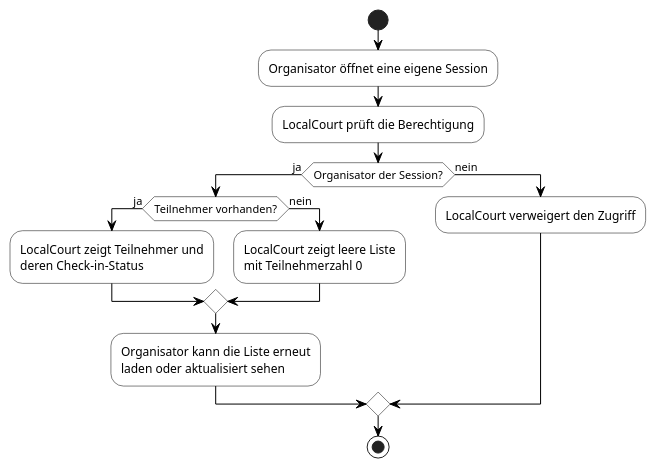
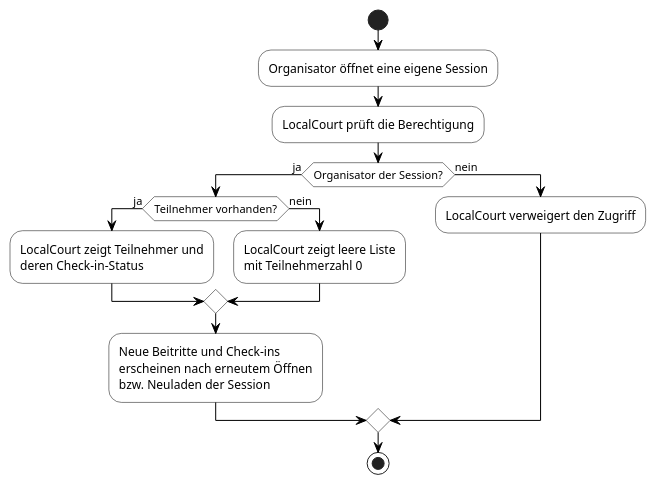
One commit to Finn5k/Wirtschaftsinformatik-Projekt-I changed the diagram in docs/spec/diagrams/F2-uc07-teilnehmerliste-anzeigen.puml. Above: the diagram before and after it, drawn with PlantUML. The commit also changed 3 other files, not shown here.

```diff
--- a/docs/spec/diagrams/F2-uc07-teilnehmerliste-anzeigen.puml
+++ b/docs/spec/diagrams/F2-uc07-teilnehmerliste-anzeigen.puml
@@ -1,23 +1,23 @@
 @startuml F2-uc07-teilnehmerliste-anzeigen
 skinparam backgroundColor White
 skinparam activity {
   BackgroundColor White
   BorderColor Black
 }
 skinparam ArrowColor Black
 
 start
 :Organisator öffnet eine eigene Session;
 :LocalCourt prüft die Berechtigung;
 if (Organisator der Session?) then (ja)
   if (Teilnehmer vorhanden?) then (ja)
     :LocalCourt zeigt Teilnehmer und\nderen Check-in-Status;
   else (nein)
     :LocalCourt zeigt leere Liste\nmit Teilnehmerzahl 0;
   endif
-  :Organisator kann die Liste erneut\nladen oder aktualisiert sehen;
+  :Neue Beitritte und Check-ins\nerscheinen nach erneutem Öffnen\nbzw. Neuladen der Session;
 else (nein)
   :LocalCourt verweigert den Zugriff;
 endif
 stop
 @enduml
```
